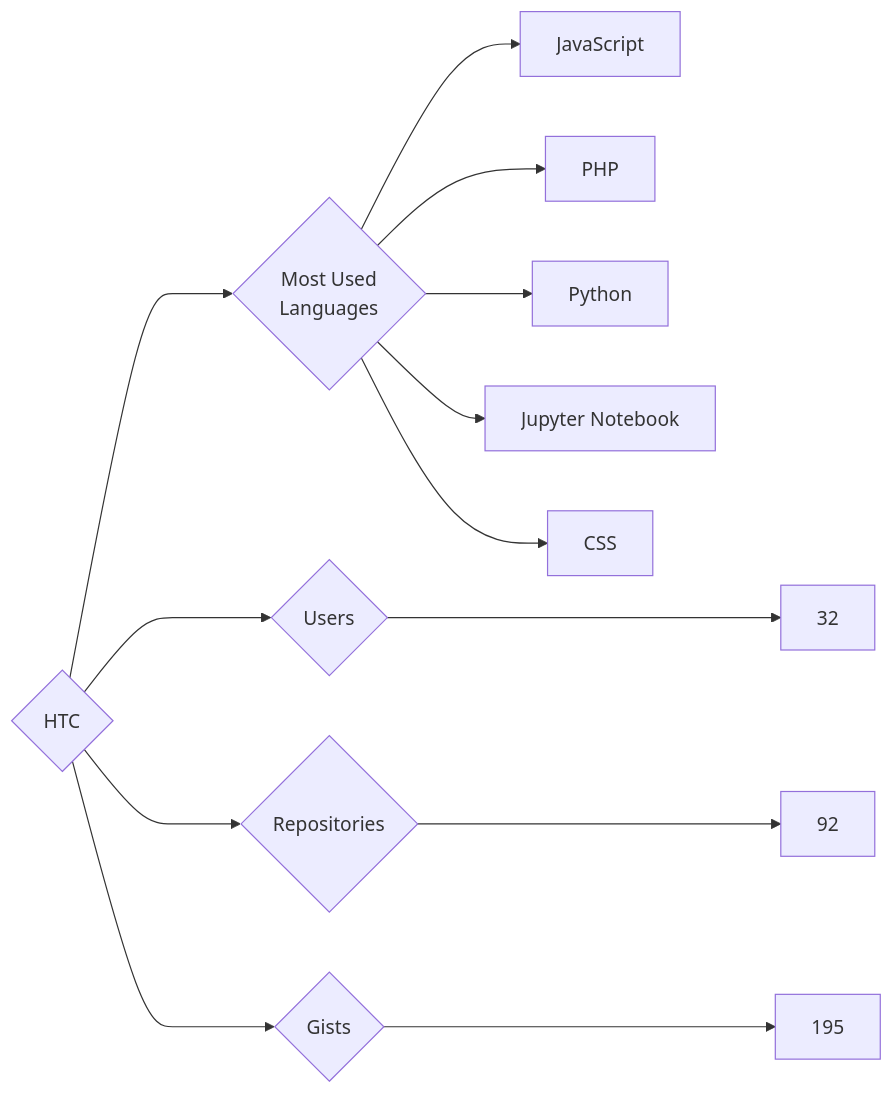
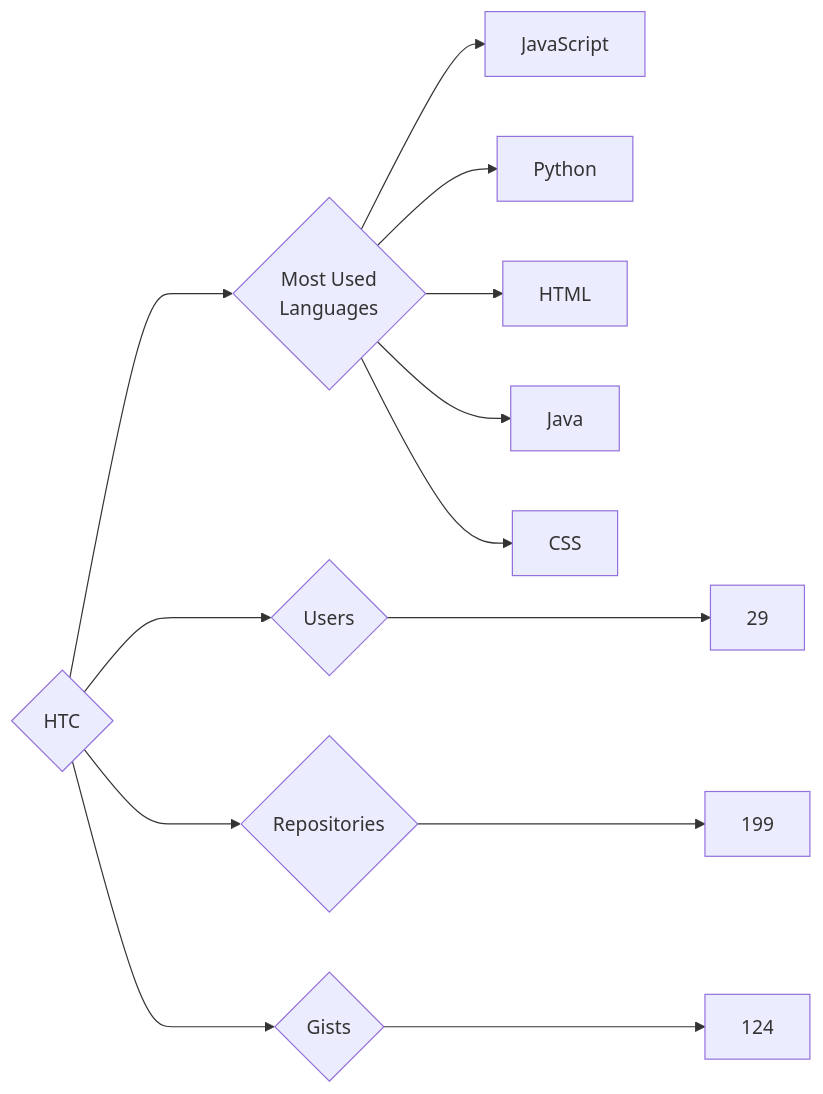
The diagram in targets/HTC/README.md (trickest/insiders), drawn with Mermaid before and after one commit. The commit also changed 847 other files, not shown here.

````diff
--- a/targets/HTC/README.md
+++ b/targets/HTC/README.md
@@ -3,13 +3,13 @@
 ```mermaid
 graph LR
 COMPANY_NAME{HTC}
-COMPANY_NAME ---> U{Users} ---> UN[32]
-COMPANY_NAME ---> R{Repositories} ---> RN[92]
-COMPANY_NAME ---> G{Gists} ---> GN[195]
+COMPANY_NAME ---> U{Users} ---> UN[29]
+COMPANY_NAME ---> R{Repositories} ---> RN[199]
+COMPANY_NAME ---> G{Gists} ---> GN[124]
 COMPANY_NAME ---> ML{Most Used<br>Languages}
 ML --> JavaScript[JavaScript]
-ML --> PHP[PHP]
 ML --> Python[Python]
-ML --> Jupyter_Notebook[Jupyter Notebook]
+ML --> HTML[HTML]
+ML --> Java[Java]
 ML --> CSS[CSS]
 ```
````
